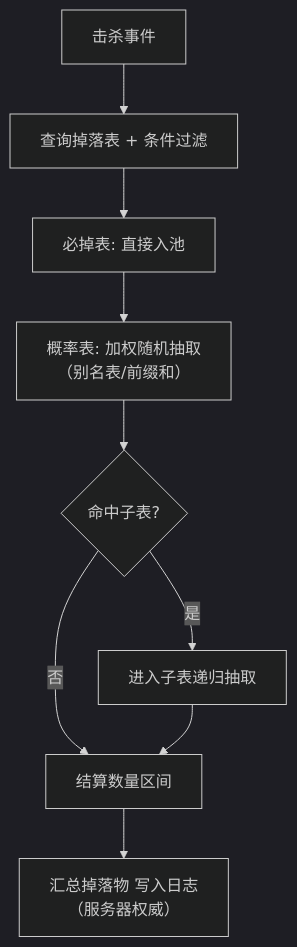
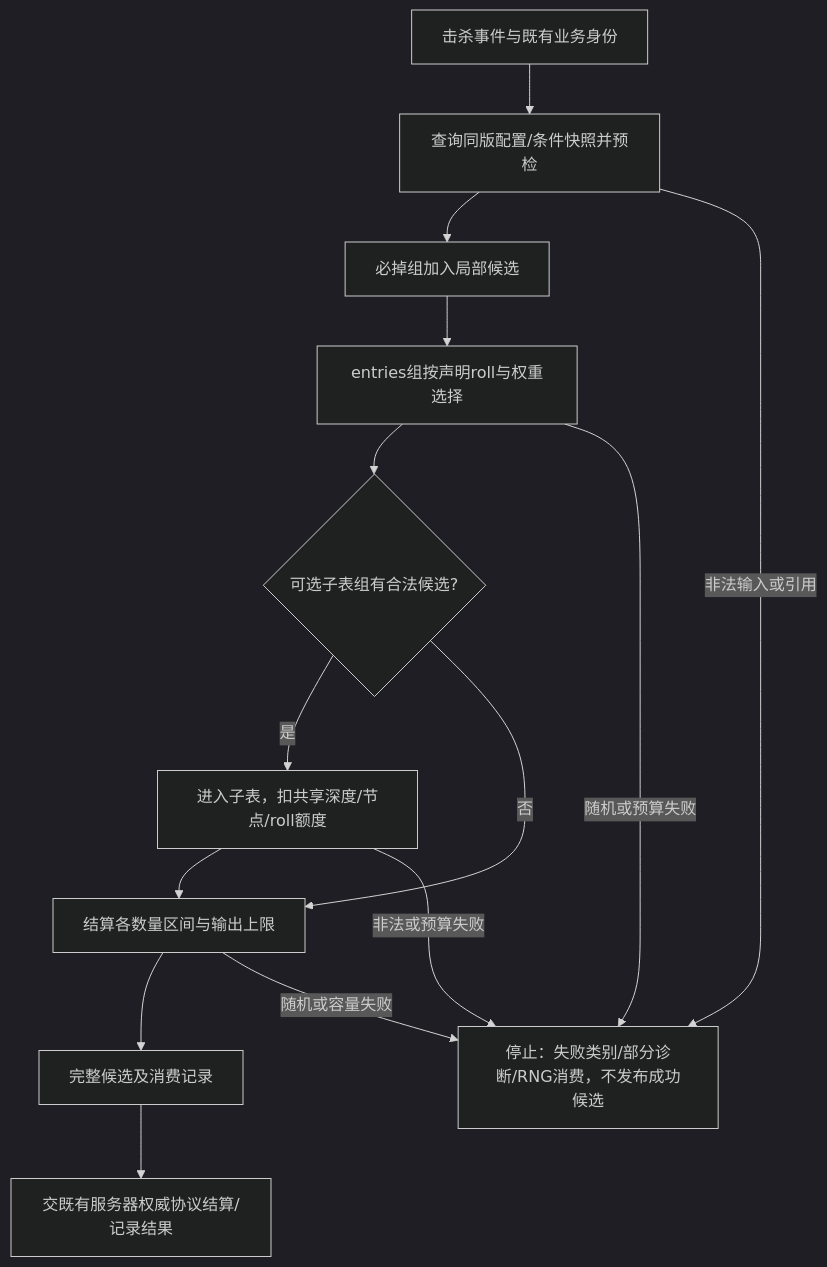
One commit to fantuan812/learning changed the diagram in 知识/02-数学与游戏算法/随机采样与程序化生成/01-随机数与洗牌算法.md. Above: the diagram before and after it, drawn with Mermaid (dark theme). The commit also changed other lines of this file and 1 other file, not shown here.

````diff
--- a/知识/02-数学与游戏算法/随机采样与程序化生成/01-随机数与洗牌算法.md
+++ b/知识/02-数学与游戏算法/随机采样与程序化生成/01-随机数与洗牌算法.md
@@ -338,11 +490,16 @@
 ```mermaid
 flowchart TD
-    A["击杀事件"] --> B["查询掉落表 + 条件过滤"]
-    B --> C["必掉表: 直接入池"]
-    C --> D["概率表: 加权随机抽取<br/>（别名表/前缀和）"]
-    D --> E{"命中子表?"}
-    E -- 是 --> F["进入子表递归抽取"]
-    E -- 否 --> G["结算数量区间"]
+    A["击杀事件与既有业务身份"] --> B["查询同版配置/条件快照并预检"]
+    B --> C["必掉组加入局部候选"]
+    C --> D["entries组按声明roll与权重选择"]
+    D --> E{"可选子表组有合法候选?"}
+    E -- 是 --> F["进入子表，扣共享深度/节点/roll额度"]
+    E -- 否 --> G["结算各数量区间与输出上限"]
     F --> G
-    G --> H["汇总掉落物 写入日志<br/>（服务器权威）"]
+    G --> H["完整候选及消费记录"]
+    H --> I["交既有服务器权威协议结算/记录结果"]
+    B -- 非法输入或引用 --> X["停止：失败类别/部分诊断/RNG消费，不发布成功候选"]
+    D -- 随机或预算失败 --> X
+    F -- 非法或预算失败 --> X
+    G -- 随机或容量失败 --> X
 ```
````
